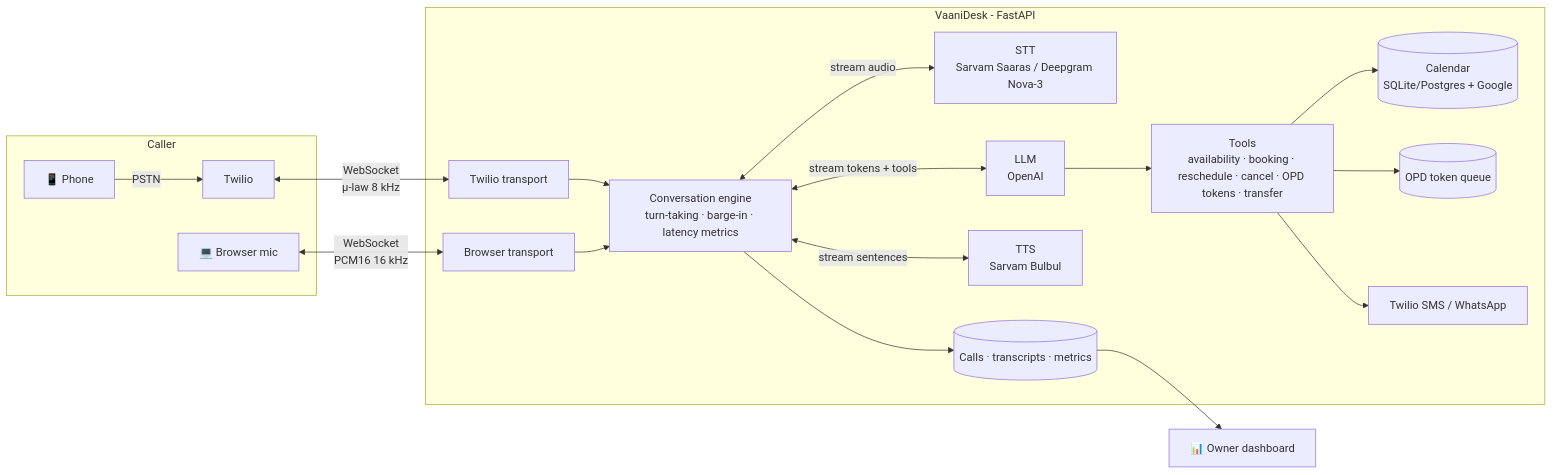
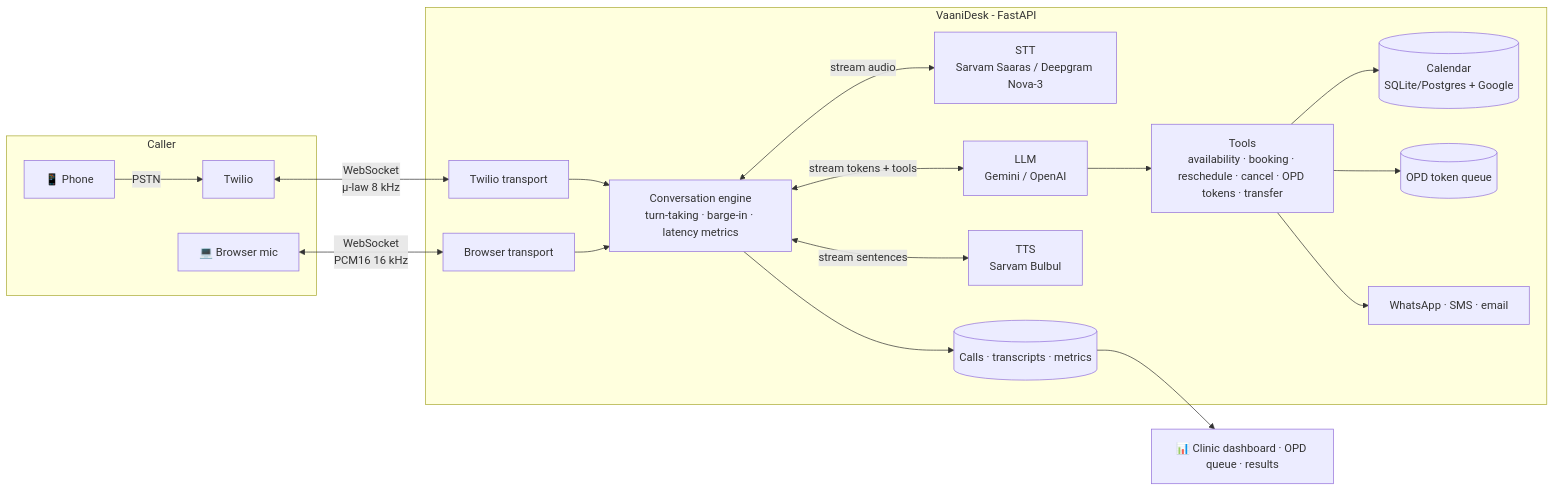
Before and after one commit to Charan7221/vaanidesk: the diagram in README.md, drawn with Mermaid. The commit also changed other lines of this file and 20 other files, not shown here.

````diff
--- a/README.md
+++ b/README.md
@@ -65,22 +114,22 @@
 ```mermaid
 flowchart LR
     subgraph Caller
       P[📱 Phone] -->|PSTN| T[Twilio]
       B[💻 Browser mic]
     end
     T <-->|"WebSocket<br/>μ-law 8 kHz"| TW[Twilio transport]
     B <-->|"WebSocket<br/>PCM16 16 kHz"| BW[Browser transport]
 
     subgraph VaaniDesk [VaaniDesk - FastAPI]
       TW & BW --> S[Conversation engine<br/>turn-taking · barge-in · latency metrics]
       S <-->|stream audio| STT[STT<br/>Sarvam Saaras / Deepgram Nova-3]
-      S <-->|stream tokens + tools| LLM[LLM<br/>OpenAI]
+      S <-->|stream tokens + tools| LLM[LLM<br/>Gemini / OpenAI]
       S <-->|stream sentences| TTS[TTS<br/>Sarvam Bulbul]
       LLM --> TOOLS[Tools<br/>availability · booking · reschedule · cancel · OPD tokens · transfer]
       TOOLS --> CAL[(Calendar<br/>SQLite/Postgres + Google)]
       TOOLS --> OPD[(OPD token queue)]
-      TOOLS --> SMS[Twilio SMS / WhatsApp]
+      TOOLS --> SMS[WhatsApp · SMS · email]
       S --> DB[(Calls · transcripts · metrics)]
     end
-    DB --> D[📊 Owner dashboard]
+    DB --> D[📊 Clinic dashboard · OPD queue · results]
 ```
````
